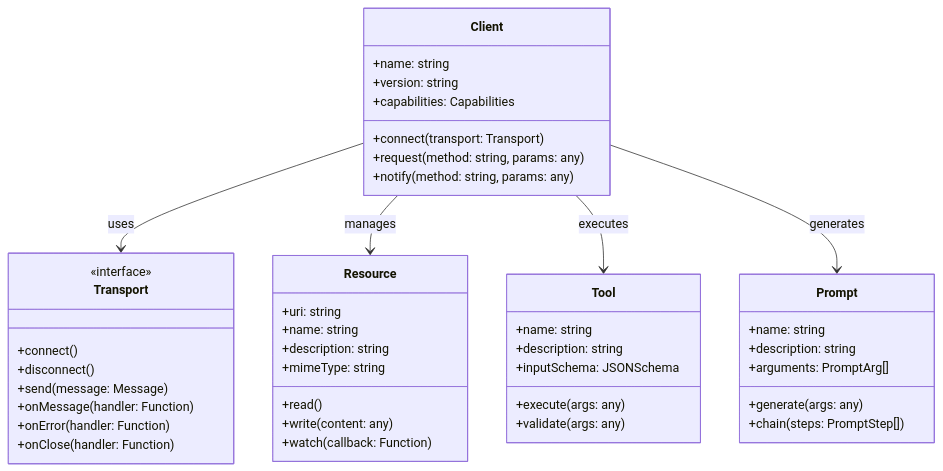
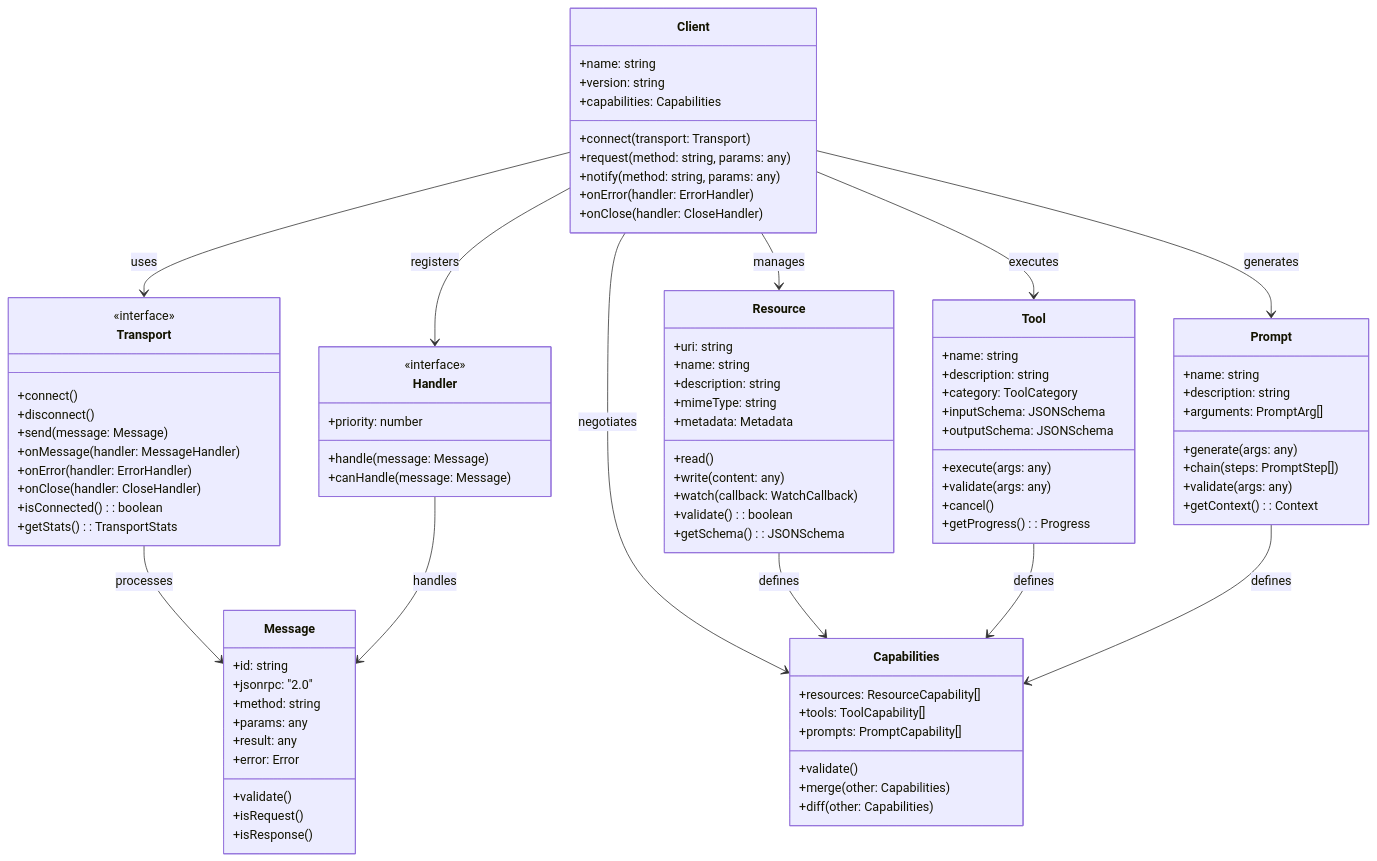
Before and after one commit to sparesparrow/cursor-rules: the first of 4 diagrams in .cursor/rules/diagrams/mcp-core-concepts.mdc, drawn with Mermaid. The commit also changed other lines of this file and 5 other files, not shown here.

````diff
--- a/.cursor/rules/diagrams/mcp-core-concepts.mdc
+++ b/.cursor/rules/diagrams/mcp-core-concepts.mdc
@@ -15,6 +15,8 @@
         +connect(transport: Transport)
         +request(method: string, params: any)
         +notify(method: string, params: any)
+        +onError(handler: ErrorHandler)
+        +onClose(handler: CloseHandler)
     }
 
     class Transport {
@@ -22,9 +24,11 @@
         +connect()
         +disconnect()
         +send(message: Message)
-        +onMessage(handler: Function)
-        +onError(handler: Function)
-        +onClose(handler: Function)
+        +onMessage(handler: MessageHandler)
+        +onError(handler: ErrorHandler)
+        +onClose(handler: CloseHandler)
+        +isConnected(): boolean
+        +getStats(): TransportStats
     }
 
     class Resource {
@@ -32,17 +36,24 @@
         +name: string
         +description: string
         +mimeType: string
+        +metadata: Metadata
         +read()
         +write(content: any)
-        +watch(callback: Function)
+        +watch(callback: WatchCallback)
+        +validate(): boolean
+        +getSchema(): JSONSchema
     }
 
     class Tool {
         +name: string
         +description: string
+        +category: ToolCategory
         +inputSchema: JSONSchema
+        +outputSchema: JSONSchema
         +execute(args: any)
         +validate(args: any)
+        +cancel()
+        +getProgress(): Progress
     }
 
     class Prompt {
@@ -51,10 +62,47 @@
         +arguments: PromptArg[]
         +generate(args: any)
         +chain(steps: PromptStep[])
+        +validate(args: any)
+        +getContext(): Context
+    }
+
+    class Capabilities {
+        +resources: ResourceCapability[]
+        +tools: ToolCapability[]
+        +prompts: PromptCapability[]
+        +validate()
+        +merge(other: Capabilities)
+        +diff(other: Capabilities)
+    }
+
+    class Message {
+        +id: string
+        +jsonrpc: "2.0"
+        +method: string
+        +params: any
+        +result: any
+        +error: Error
+        +validate()
+        +isRequest()
+        +isResponse()
+    }
+
+    class Handler {
+        <<interface>>
+        +handle(message: Message)
+        +canHandle(message: Message)
+        +priority: number
     }
 
     Client --> Transport : uses
     Client --> Resource : manages
     Client --> Tool : executes
     Client --> Prompt : generates
+    Client --> Capabilities : negotiates
+    Client --> Handler : registers
+    Transport --> Message : processes
+    Handler --> Message : handles
+    Resource --> Capabilities : defines
+    Tool --> Capabilities : defines
+    Prompt --> Capabilities : defines
 ```
````
